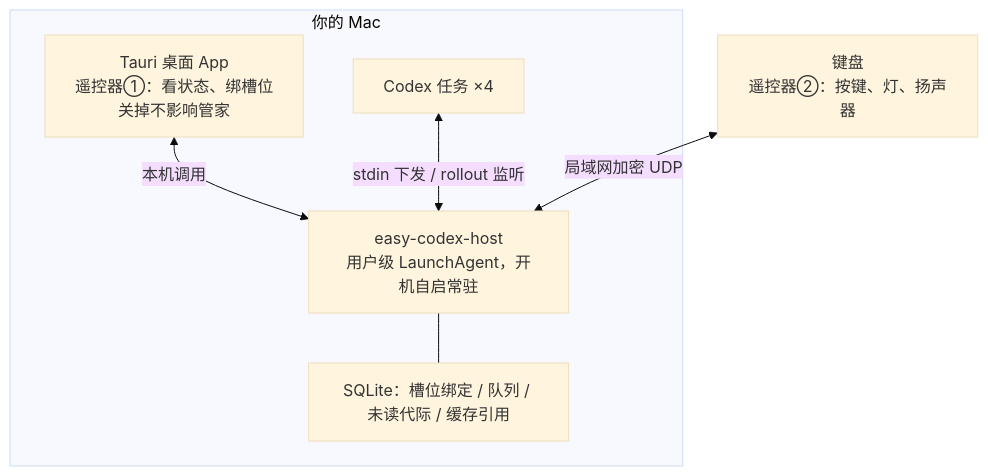
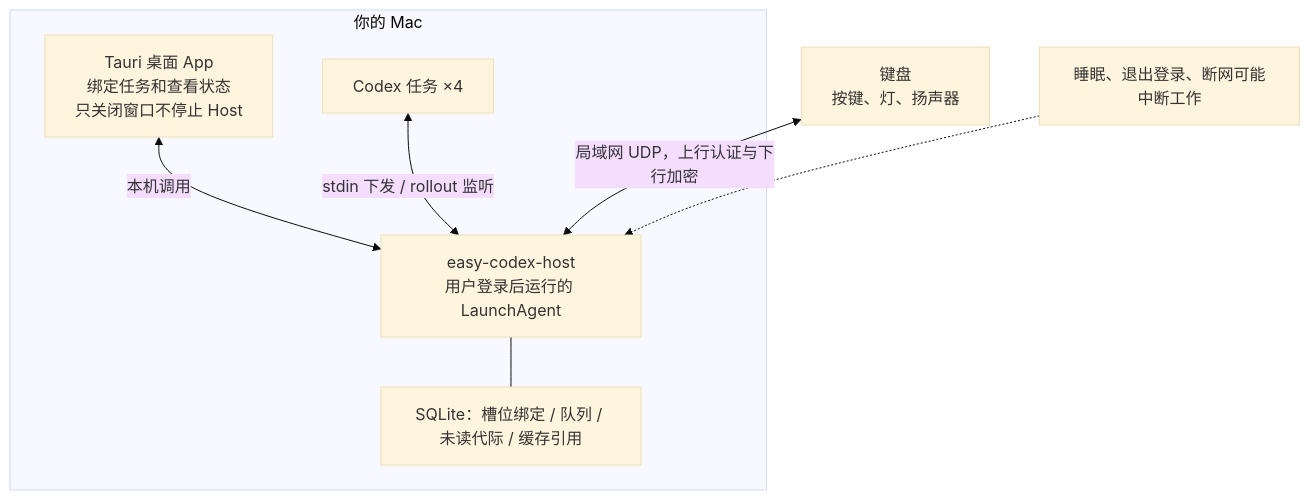
The diagram in projects/feishu_tutorial_20260817/boards/wb11_常驻管家.mmd (Larkspur-Wang/Codex_Keyboard), drawn with Mermaid (base theme) before and after one commit. The commit also changed 87 other files, not shown here.

```diff
--- a/projects/feishu_tutorial_20260817/boards/wb11_常驻管家.mmd
+++ b/projects/feishu_tutorial_20260817/boards/wb11_常驻管家.mmd
@@ -1,12 +1,13 @@
 flowchart TD
     subgraph MAC["你的 Mac"]
-        HOST["easy-codex-host<br/>用户级 LaunchAgent，开机自启常驻"]
+        HOST["easy-codex-host<br/>用户登录后运行的 LaunchAgent"]
         DB["SQLite：槽位绑定 / 队列 / 未读代际 / 缓存引用"]
         HOST --- DB
-        APP["Tauri 桌面 App<br/>遥控器①：看状态、绑槽位<br/>关掉不影响管家"]
+        APP["Tauri 桌面 App<br/>绑定任务和查看状态<br/>只关闭窗口不停止 Host"]
         CODEX["Codex 任务 ×4"]
     end
-    KB["键盘<br/>遥控器②：按键、灯、扬声器"]
+    KB["键盘<br/>按键、灯、扬声器"]
     APP <-->|本机调用| HOST
-    KB <-->|局域网加密 UDP| HOST
+    KB <-->|局域网 UDP，上行认证与下行加密| HOST
     CODEX <-->|stdin 下发 / rollout 监听| HOST
+    N["睡眠、退出登录、断网可能中断工作"] -.-> HOST
```
